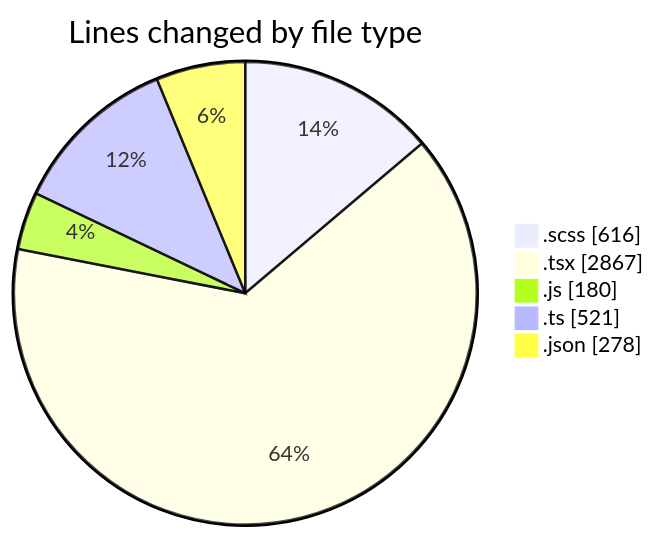
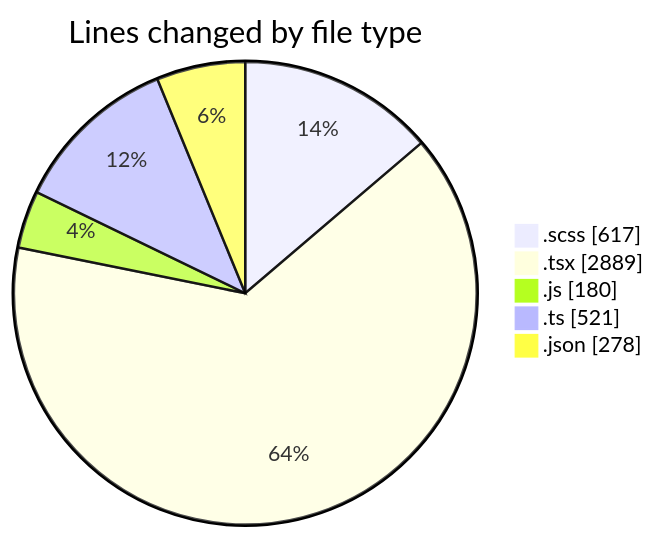
The first of 2 diagrams in 2026-08-10/cda/README.md (momahboobian/code-tracking), drawn with Mermaid before and after one commit. The commit also changed other lines of this file and 1 other file, not shown here.

````diff
--- a/2026-08-10/cda/README.md
+++ b/2026-08-10/cda/README.md
@@ -32,9 +32,9 @@
 ```mermaid
 pie showData
 title Lines changed by file type
-".scss" : 616
-".tsx" : 2867
+".scss" : 617
+".tsx" : 2889
 ".js" : 180
 ".ts" : 521
 ".json" : 278
 ```
````
